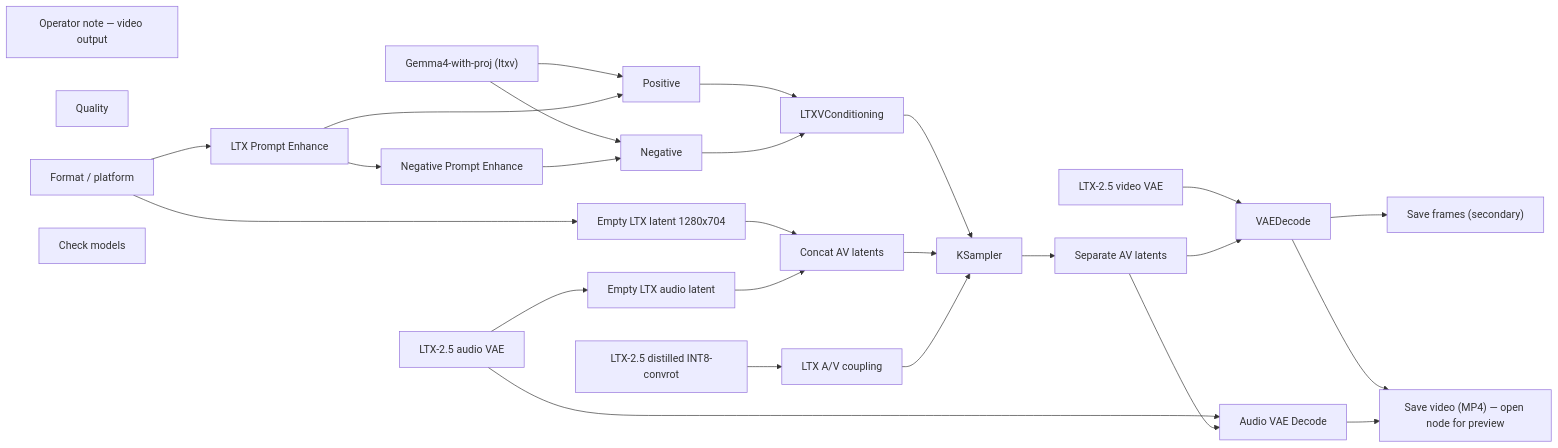
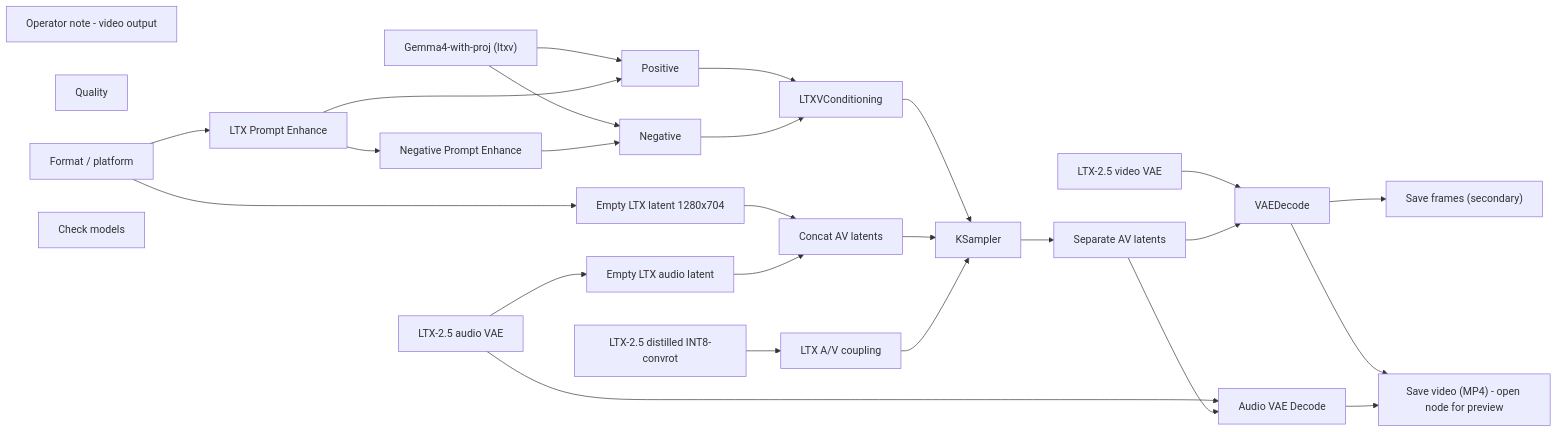
The diagram in docs/generated/workflows/motion/av/dialogue-8s.md (toxicoder/ez-comfy-stack), drawn with Mermaid before and after one commit. The commit also changed other lines of this file and 1894 other files, not shown here.

````diff
--- a/docs/generated/workflows/motion/av/dialogue-8s.md
+++ b/docs/generated/workflows/motion/av/dialogue-8s.md
@@ -57,50 +57,50 @@
 ```mermaid
 flowchart LR
   N1["LTX-2.5 distilled INT8-convrot"]
   N2["LTX-2.5 video VAE"]
   N3["Gemma4-with-proj (ltxv)"]
   N4["Positive"]
   N5["Negative"]
   N6["Empty LTX latent 1280x704"]
   N7["LTXVConditioning"]
   N8["KSampler"]
   N9["VAEDecode"]
   N10["Save frames (secondary)"]
   N11["LTX-2.5 audio VAE"]
   N12["Empty LTX audio latent"]
   N13["Concat AV latents"]
   N14["Separate AV latents"]
-  N15["Operator note — video output"]
-  N16["Save video (MP4) — open node for preview"]
+  N15["Operator note - video output"]
+  N16["Save video (MP4) - open node for preview"]
   N17["LTX Prompt Enhance"]
   N18["Audio VAE Decode"]
   N19["Negative Prompt Enhance"]
   N20["LTX A/V coupling"]
   N21["Quality"]
   N22["Format / platform"]
   N23["Check models"]
   N1 --> N20
   N2 --> N9
   N3 --> N4
   N3 --> N5
   N4 --> N7
   N5 --> N7
   N6 --> N13
   N7 --> N8
   N8 --> N14
   N9 --> N10
   N9 --> N16
   N11 --> N12
   N11 --> N18
   N12 --> N13
   N13 --> N8
   N14 --> N9
   N14 --> N18
   N17 --> N4
   N17 --> N19
   N18 --> N16
   N19 --> N5
   N20 --> N8
   N22 --> N6
   N22 --> N17
 ```
````
